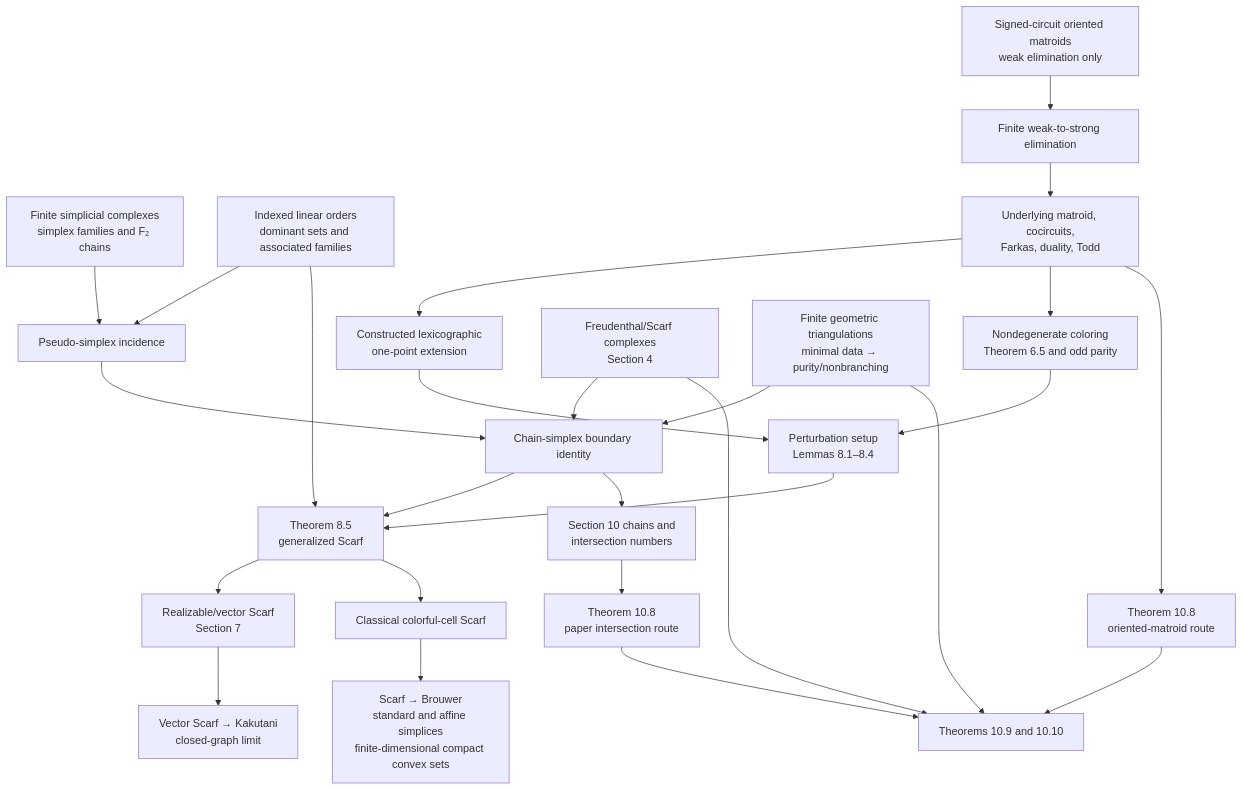
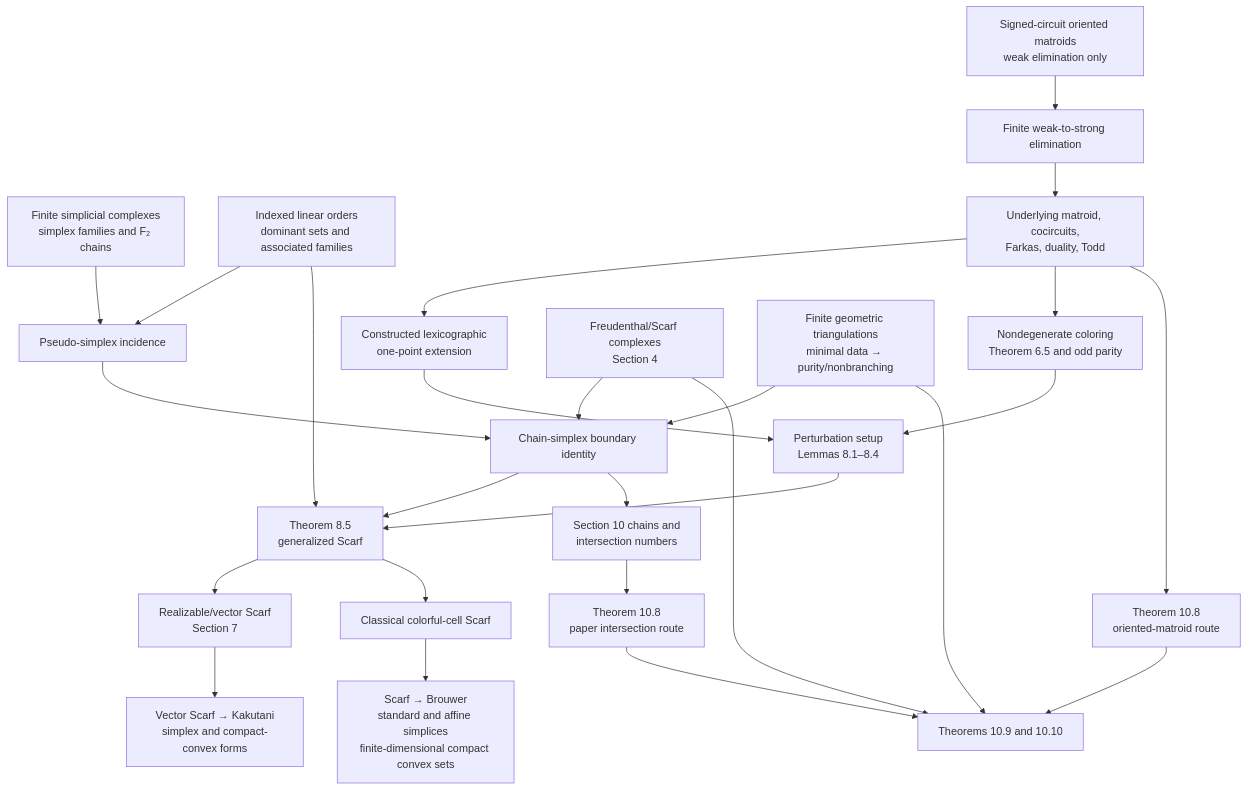
One commit to lyw-ops/General_Scarf changed the diagram in README.md. Above: the diagram before and after it, drawn with Mermaid. The commit also changed other lines of this file and 38 other files, not shown here.

Commit message:
Add compact convex Kakutani and semantic theorem names

````diff
--- a/README.md
+++ b/README.md
@@ -14,48 +16,48 @@
 ```mermaid
 flowchart TD
     SC["Finite simplicial complexes<br/>simplex families and F₂ chains"]
     PS["Pseudo-simplex incidence"]
     CS["Chain-simplex boundary identity"]
     OR["Indexed linear orders<br/>dominant sets and associated families"]
 
     OM["Signed-circuit oriented matroids<br/>weak elimination only"]
     WS["Finite weak-to-strong elimination"]
     DU["Underlying matroid, cocircuits,<br/>Farkas, duality, Todd"]
     LX["Constructed lexicographic<br/>one-point extension"]
 
     ND["Nondegenerate coloring<br/>Theorem 6.5 and odd parity"]
     PT["Perturbation setup<br/>Lemmas 8.1–8.4"]
     GS["Theorem 8.5<br/>generalized Scarf"]
 
     VS["Realizable/vector Scarf<br/>Section 7"]
     CL["Classical colorful-cell Scarf"]
     BR["Scarf → Brouwer<br/>standard and affine simplices<br/>finite-dimensional compact convex sets"]
-    KA["Vector Scarf → Kakutani<br/>closed-graph limit"]
+    KA["Vector Scarf → Kakutani<br/>simplex and compact-convex forms"]
 
     CH["Section 10 chains and<br/>intersection numbers"]
     T8A["Theorem 10.8<br/>paper intersection route"]
     T8B["Theorem 10.8<br/>oriented-matroid route"]
     T910["Theorems 10.9 and 10.10"]
 
     FR["Freudenthal/Scarf complexes<br/>Section 4"]
     GT["Finite geometric triangulations<br/>minimal data → purity/nonbranching"]
 
     SC --> PS --> CS
     OR --> PS
     OM --> WS --> DU --> LX
     DU --> ND
     LX --> PT
     ND --> PT --> GS
     CS --> GS
     OR --> GS
 
     GS --> VS --> KA
     GS --> CL --> BR
 
     CS --> CH --> T8A --> T910
     DU --> T8B --> T910
     FR --> CS
     FR --> T910
     GT --> CS
     GT --> T910
 ```
````
